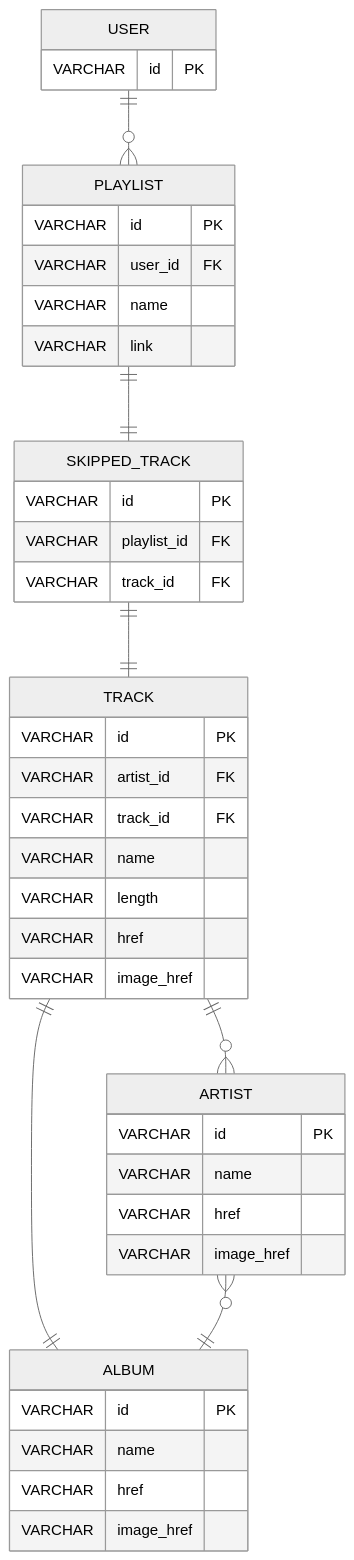
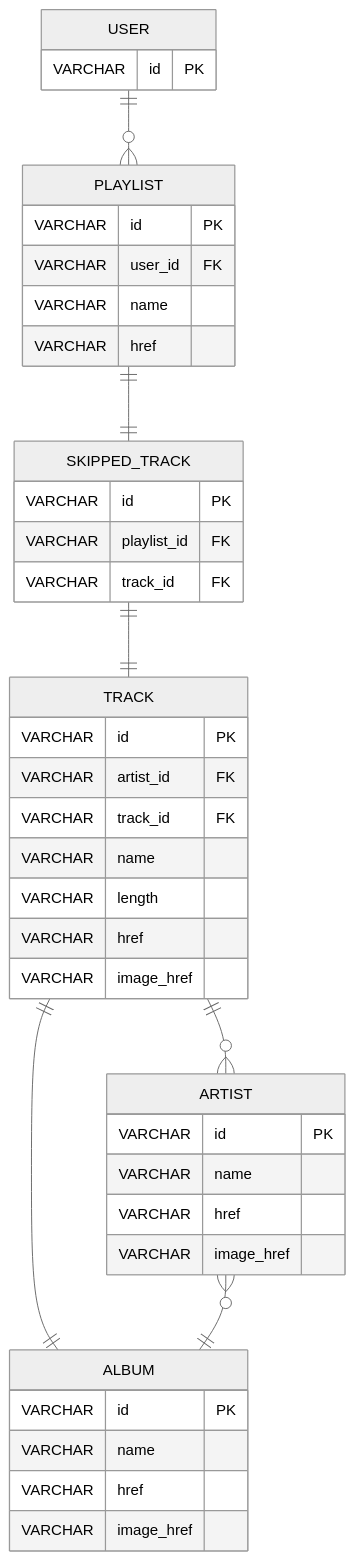
Before and after one commit to paulmccarron/spotify-playlist-janitor: the second of 2 diagrams in README.md, drawn with Mermaid.

Commit message:
Updated Entity Relationship Diagram

````diff
--- a/README.md
+++ b/README.md
@@ -40,46 +40,46 @@
 ``` mermaid
 %%{init: {'theme':'neutral'}}%%
 erDiagram
     USER ||--o{ PLAYLIST : ""
     PLAYLIST ||--|| SKIPPED_TRACK : ""
     SKIPPED_TRACK ||--|| TRACK : ""
     TRACK ||--o{ ARTIST : ""
     TRACK ||--|| ALBUM : ""
     ARTIST }o--|| ALBUM : ""
 
     USER {
         VARCHAR id PK
     }
     PLAYLIST {
         VARCHAR id PK
         VARCHAR user_id FK
 	    VARCHAR name
-        VARCHAR link
+        VARCHAR href
     }
     SKIPPED_TRACK {
         VARCHAR id PK
         VARCHAR playlist_id FK
         VARCHAR track_id FK
     }
     TRACK {
         VARCHAR id PK
         VARCHAR artist_id FK
         VARCHAR track_id FK
         VARCHAR name
         VARCHAR length
         VARCHAR href
         VARCHAR image_href
     }
     ARTIST {
         VARCHAR id PK
         VARCHAR name
         VARCHAR href
         VARCHAR image_href
     }
     ALBUM {
         VARCHAR id PK
         VARCHAR name
         VARCHAR href
         VARCHAR image_href
     }
 ```
````
